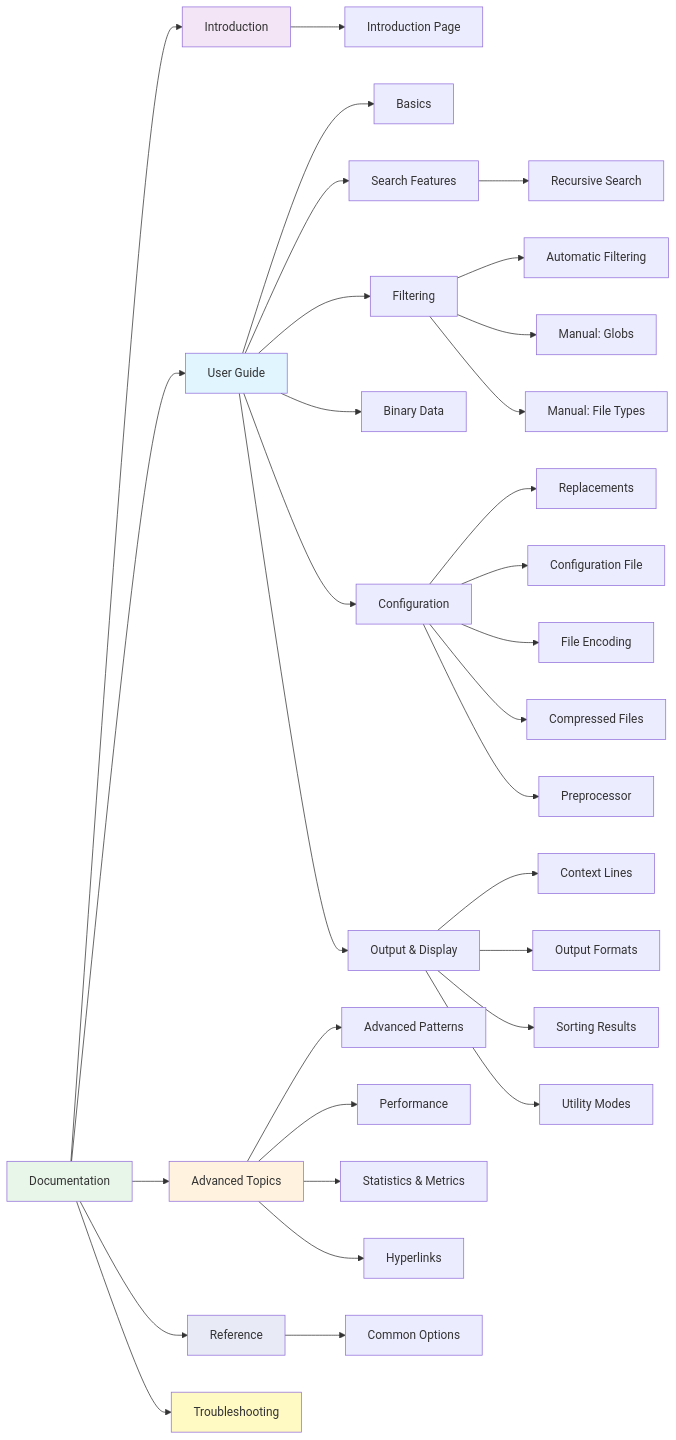
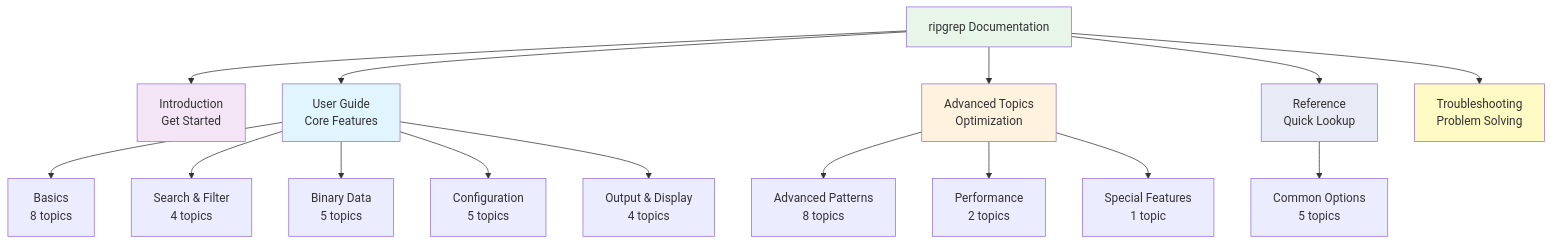
The diagram in docs/SUMMARY.md (iepathos/ripgrep), drawn with Mermaid before and after one commit. The commit also changed other lines of this file, not shown here.

Commit message:
docs: improve SUMMARY page diagram readability
- Replaced overly complex horizontal diagram (20+ nodes) with focused vertical hierarchy
- New diagram shows high-level structure with topic counts
- Improved text readability by reducing node count and complexity
- Changed from graph LR to graph TD for better layout of 5 main sections
- Added multi-line labels for better semantic grouping

Previous diagram had too many leaf nodes spread horizontally, causing
MkDocs to scale it down and make text unreadable. New design focuses
on navigation structure rather than exhaustive detail.

Page: docs/SUMMARY.md

````diff
--- a/docs/SUMMARY.md
+++ b/docs/SUMMARY.md
@@ -7,72 +7,41 @@
 ```mermaid
-graph LR
-    Root["Documentation"]
-    Intro["Introduction"]
-    IntroPage["Introduction Page"]
-    Guide["User Guide"]
-    Basics["Basics"]
-    Search["Search Features"]
-    RecSearch["Recursive Search"]
-    Filter["Filtering"]
-    AutoFilter["Automatic Filtering"]
-    GlobFilter["Manual: Globs"]
-    TypeFilter["Manual: File Types"]
-    BinaryData["Binary Data"]
-    Config["Configuration"]
-    Replace["Replacements"]
-    ConfigFile["Configuration File"]
-    Encoding["File Encoding"]
-    Compressed["Compressed Files"]
-    Preproc["Preprocessor"]
-    Output["Output & Display"]
-    Context["Context Lines"]
-    Formats["Output Formats"]
-    Sort["Sorting Results"]
-    Utility["Utility Modes"]
-    Advanced["Advanced Topics"]
-    AdvPatterns["Advanced Patterns"]
-    Perf["Performance"]
-    Stats["Statistics & Metrics"]
-    Links["Hyperlinks"]
-    Reference["Reference"]
-    CommonOpts["Common Options"]
-    Troubleshoot["Troubleshooting"]
+graph TD
+    Root["ripgrep Documentation"] --> Intro["Introduction
+    Get Started"]
+    Root --> Guide["User Guide
+    Core Features"]
+    Root --> Advanced["Advanced Topics
+    Optimization"]
+    Root --> Reference["Reference
+    Quick Lookup"]
+    Root --> Troubleshoot["Troubleshooting
+    Problem Solving"]
 
-    Root --> Intro
-    Root --> Guide
-    Root --> Advanced
-    Root --> Reference
-    Root --> Troubleshoot
-    Intro --> IntroPage
-    Guide --> Basics
-    Guide --> Search
-    Guide --> Filter
-    Guide --> BinaryData
-    Guide --> Config
-    Guide --> Output
-    Search --> RecSearch
-    Filter --> AutoFilter
-    Filter --> GlobFilter
-    Filter --> TypeFilter
-    Config --> Replace
-    Config --> ConfigFile
-    Config --> Encoding
-    Config --> Compressed
-    Config --> Preproc
-    Output --> Context
-    Output --> Formats
-    Output --> Sort
-    Output --> Utility
-    Advanced --> AdvPatterns
-    Advanced --> Perf
-    Advanced --> Stats
-    Advanced --> Links
-    Reference --> CommonOpts
+    Guide --> G1["Basics
+    8 topics"]
+    Guide --> G2["Search & Filter
+    4 topics"]
+    Guide --> G3["Binary Data
+    5 topics"]
+    Guide --> G4["Configuration
+    5 topics"]
+    Guide --> G5["Output & Display
+    4 topics"]
+
+    Advanced --> A1["Advanced Patterns
+    8 topics"]
+    Advanced --> A2["Performance
+    2 topics"]
+    Advanced --> A3["Special Features
+    1 topic"]
+
+    Reference --> R1["Common Options
+    5 topics"]
 
     style Root fill:#e8f5e9
     style Guide fill:#e1f5ff
     style Advanced fill:#fff3e0
     style Intro fill:#f3e5f5
     style Reference fill:#e8eaf6
     style Troubleshoot fill:#fff9c4
 ```
````
